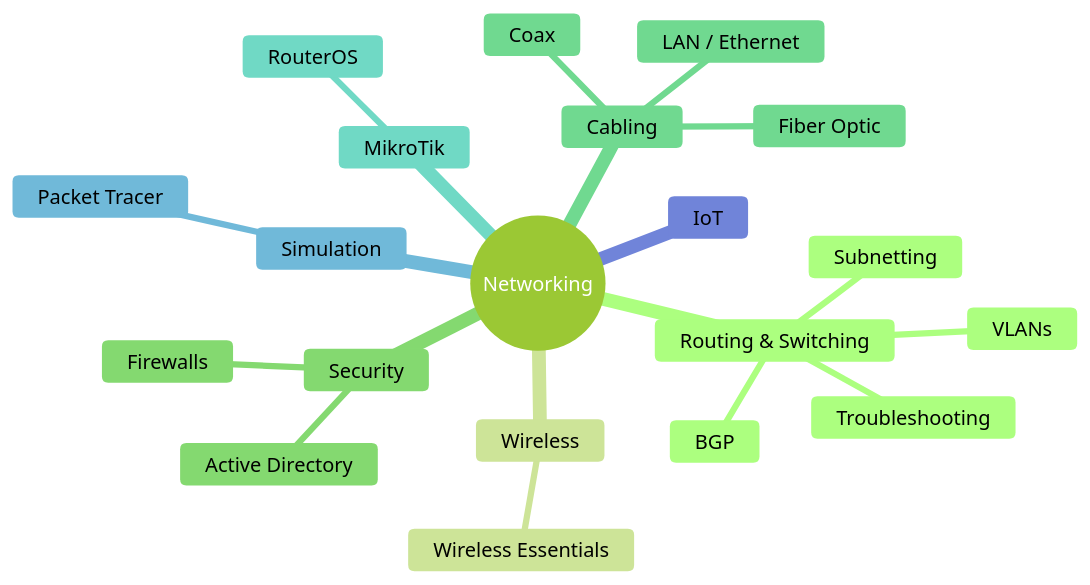
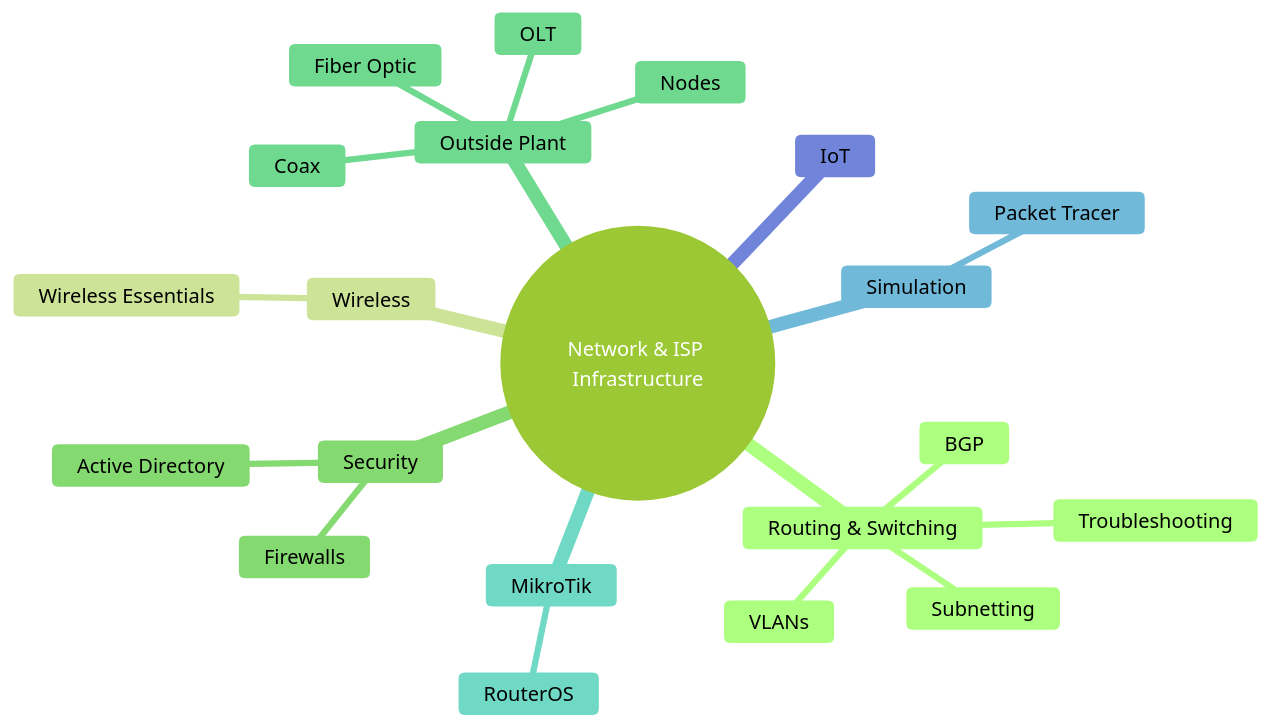
One commit to pervizajerdrin/pervizajerdrin changed the first of 3 diagrams in README.md. Above: the diagram before and after it, drawn with Mermaid (forest theme). The commit also changed other lines of this file, not shown here.

Commit message:
Curate tech stack, add OLT/Nodes, broaden skill map root label
Drop less central items (LAN/Ethernet, Git) to keep the badge row
focused. Add OLT and Nodes to Outside Plant. Rename mindmap root
from bare "Networking" to "Network & ISP Infrastructure".

````diff
--- a/README.md
+++ b/README.md
@@ -42,23 +41,24 @@
 ```mermaid
 mindmap
-  root((Networking))
+  root((Network & ISP Infrastructure))
     Routing & Switching
       Subnetting
       VLANs
       BGP
       Troubleshooting
     Wireless
       Wireless Essentials
     Security
       Firewalls
       Active Directory
-    Cabling
+    Outside Plant
       Fiber Optic
+      OLT
       Coax
-      LAN / Ethernet
+      Nodes
     MikroTik
       RouterOS
     Simulation
       Packet Tracer
     IoT
 ```
````
